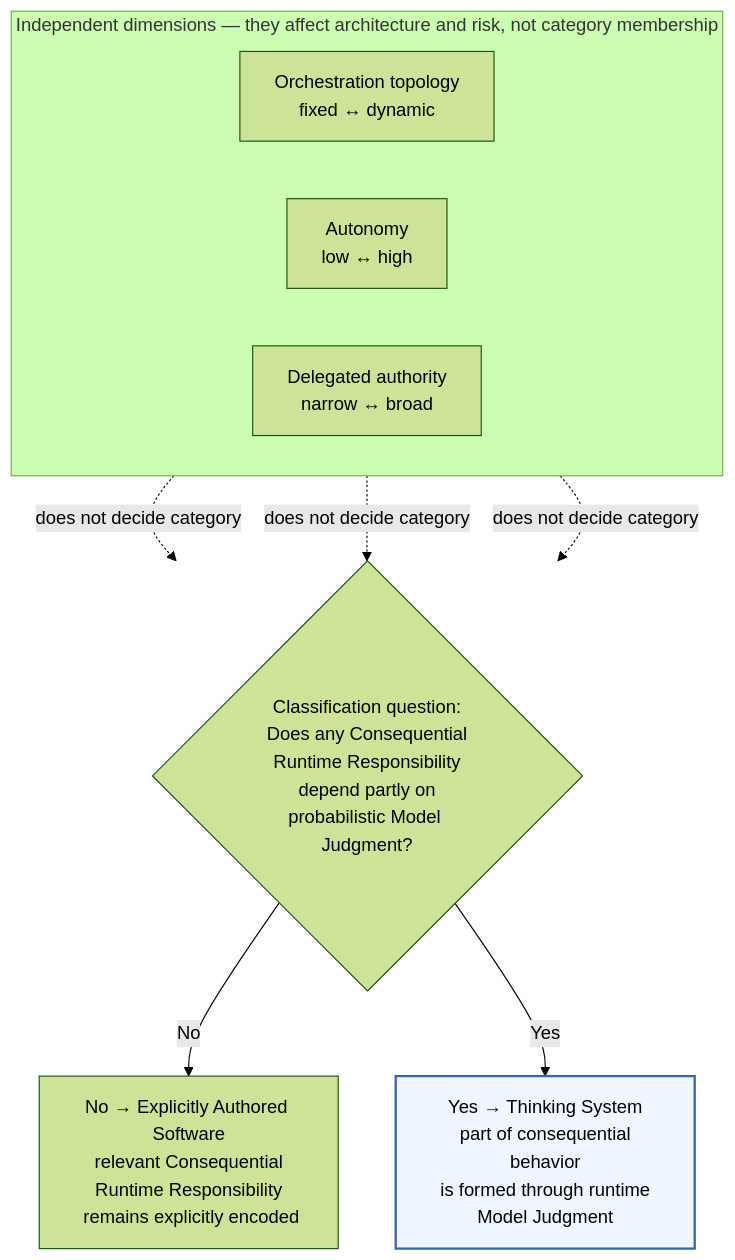
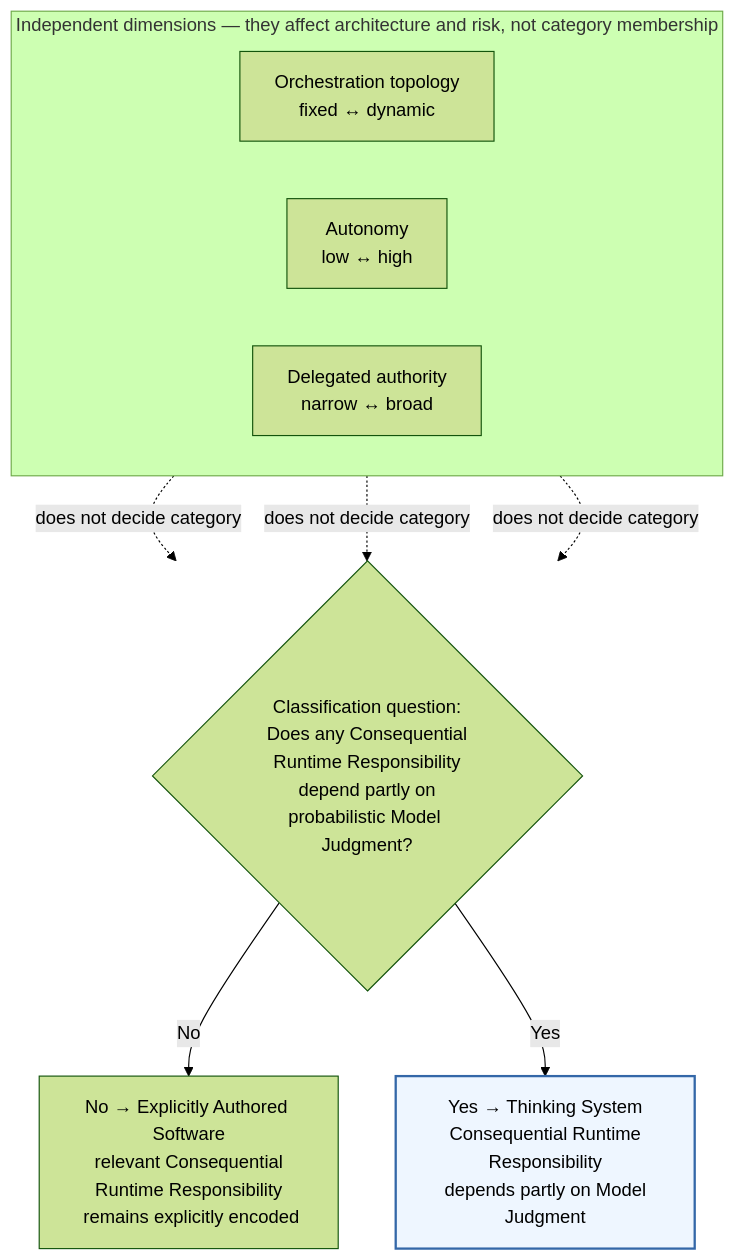
One commit to UncertaintyArchitectureGroup/uncertainty-architecture changed the second of 15 diagrams in content/research/notes/open-engineering-specification-article-draft.md. Above: the diagram before and after it, drawn with Mermaid (forest theme). The commit also changed other lines of this file and 2 other files, not shown here.

Commit message:
research: keep Figure 2 classification-only

````diff
--- a/content/research/notes/open-engineering-specification-article-draft.md
+++ b/content/research/notes/open-engineering-specification-article-draft.md
@@ -110,22 +110,22 @@
 ```mermaid
 flowchart TB
     subgraph I["Independent dimensions — they affect architecture and risk, not category membership"]
         direction LR
         O["Orchestration topology<br/> fixed ↔ dynamic"]
         A["Autonomy<br/> low ↔ high"]
         D["Delegated authority<br/> narrow ↔ broad"]
     end
 
     Q{"Classification question:<br/> Does any Consequential Runtime Responsibility<br/> depend partly on probabilistic Model Judgment?"}
     L["No → Explicitly Authored Software<br/> relevant Consequential Runtime Responsibility<br/> remains explicitly encoded"]
-    T["Yes → Thinking System<br/> part of consequential behavior<br/> is formed through runtime Model Judgment"]
+    T["Yes → Thinking System<br/> Consequential Runtime Responsibility<br/> depends partly on Model Judgment"]
 
     O -. does not decide category .-> Q
     A -. does not decide category .-> Q
     D -. does not decide category .-> Q
     Q -->|No| L
     Q -->|Yes| T
 
     classDef thinking fill:#eef6ff,stroke:#3367a8,stroke-width:2px;
     class T thinking;
 ```
````
